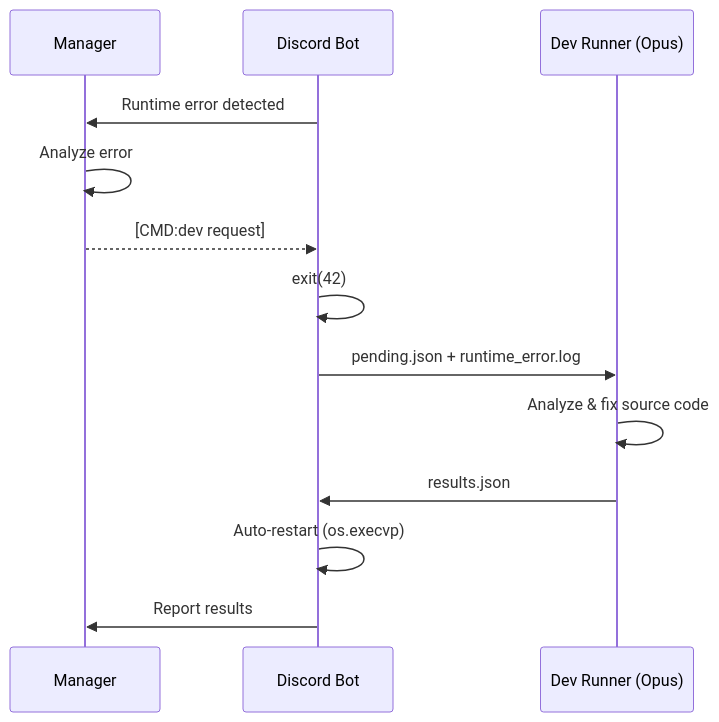
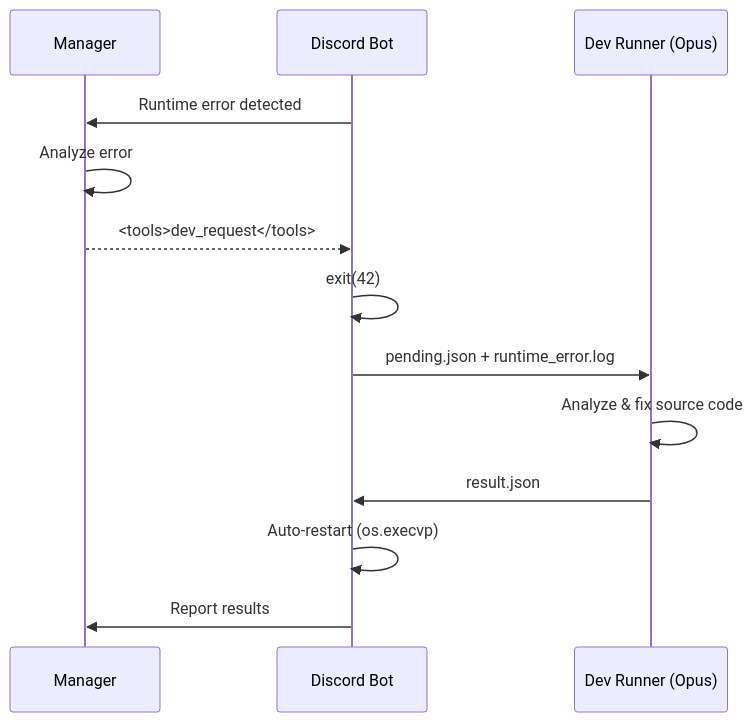
The fourth of 4 diagrams in README.md (je-empty/Glimi), drawn with Mermaid before and after one commit. The commit also changed other lines of this file and 4 other files, not shown here.

````diff
--- a/README.md
+++ b/README.md
@@ -521,16 +284,16 @@
 ```mermaid
 sequenceDiagram
     participant M as Manager
     participant Bot as Discord Bot
     participant Dev as Dev Runner (Opus)
 
     Bot->>M: Runtime error detected
     M->>M: Analyze error
-    M-->>Bot: [CMD:dev request]
+    M-->>Bot: <tools>dev_request</tools>
     Bot->>Bot: exit(42)
     Bot->>Dev: pending.json + runtime_error.log
     Dev->>Dev: Analyze & fix source code
-    Dev->>Bot: results.json
+    Dev->>Bot: result.json
     Bot->>Bot: Auto-restart (os.execvp)
     Bot->>M: Report results
 ```
````
